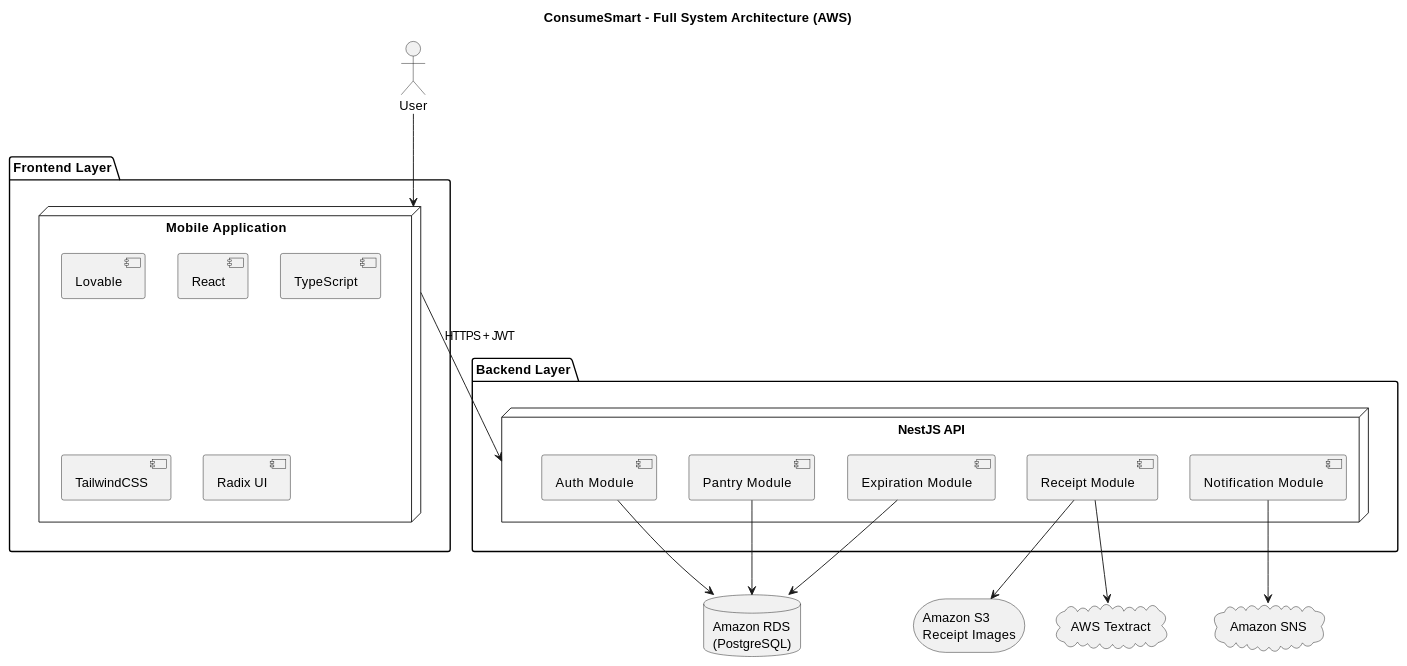
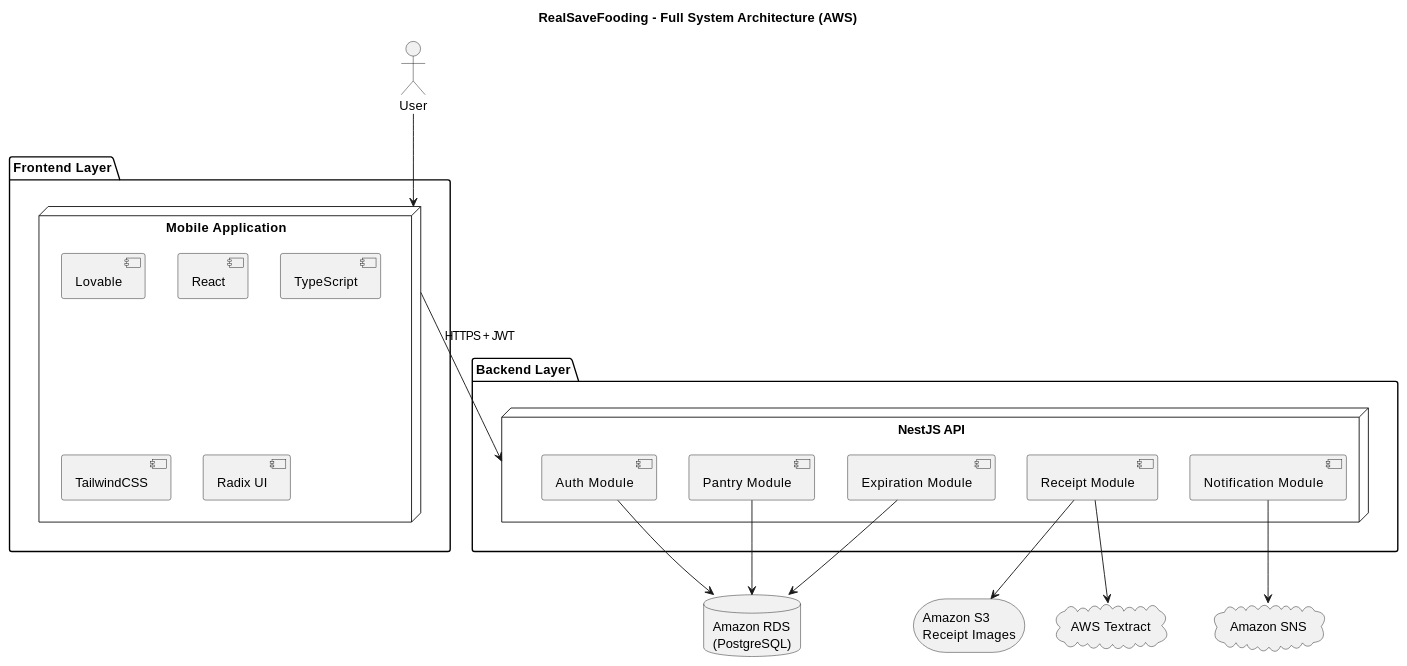
The third of 6 diagrams in docs/architecture/architecture.md (LIDR-academy/AI4Devs-finalproject), drawn with PlantUML before and after one commit. The commit also changed other lines of this file and 12 other files, not shown here.

Commit message:
Refactor project wrong references from ConsumeSmart to RealSaveFooding across documentation and configuration files

````diff
--- a/docs/architecture/architecture.md
+++ b/docs/architecture/architecture.md
@@ -90,60 +90,60 @@
 ```plantuml
 @startuml
-title ConsumeSmart - Full System Architecture (AWS)
+title RealSaveFooding - Full System Architecture (AWS)
 
 actor User
 
 package "Frontend Layer" {
 
     node "Mobile Application" {
 
         component "Lovable"
         component "React"
         component "TypeScript"
         component "TailwindCSS"
         component "Radix UI"
 
     }
 
 }
 
 package "Backend Layer" {
 
     node "NestJS API" {
 
         component "Auth Module"
         component "Pantry Module"
         component "Receipt Module"
         component "Expiration Module"
         component "Notification Module"
 
     }
 
 }
 
 database "Amazon RDS\n(PostgreSQL)" as RDS
 
 storage "Amazon S3\nReceipt Images" as S3
 
 cloud "AWS Textract" as Textract
 
 cloud "Amazon SNS" as SNS
 
 User --> "Mobile Application"
 
 "Mobile Application" --> "NestJS API" : HTTPS + JWT
 
 "Auth Module" --> RDS
 
 "Pantry Module" --> RDS
 
 "Expiration Module" --> RDS
 
 "Receipt Module" --> S3
 
 "Receipt Module" --> Textract
 
 "Notification Module" --> SNS
 
 @enduml
 ```
````
